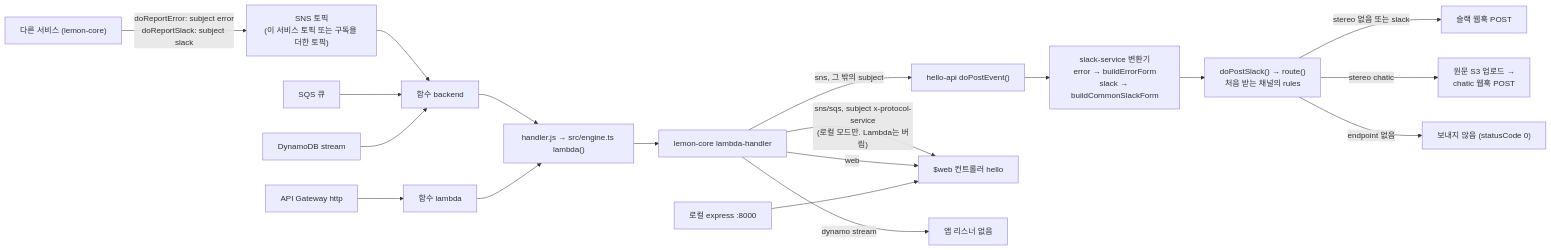
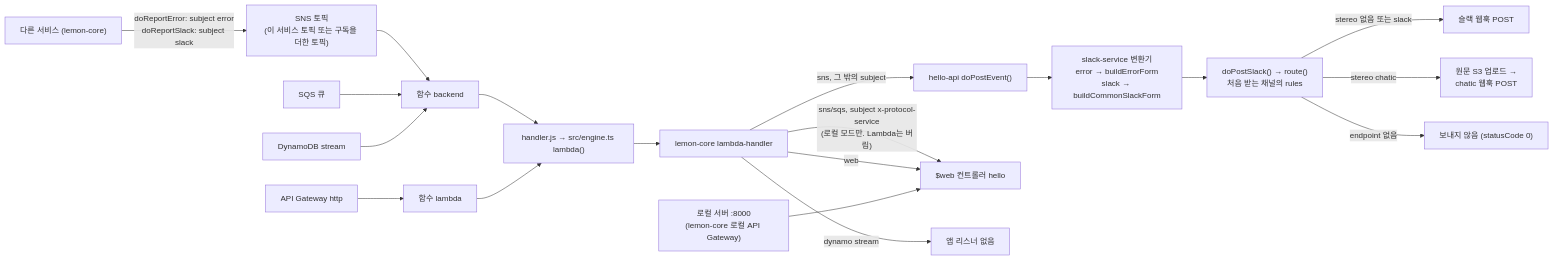
The diagram in README.md (lemoncloud-io/lemon-hello-api), drawn with Mermaid before and after one commit. The commit also changed other lines of this file and 1 other file, not shown here.

First line of the commit message:
docs: README stack rows — lemon-core ^5.0.15 local API Gateway (no devkit/express), jest 29, Lambda tools via lemon-* (docs/lambda-tools.md); fields:types script

````diff
--- a/README.md
+++ b/README.md
@@ -51,21 +52,21 @@
 ```mermaid
 flowchart LR
     MS["다른 서비스 (lemon-core)"] -- "doReportError: subject error<br/>doReportSlack: subject slack" --> TOPIC["SNS 토픽<br/>(이 서비스 토픽 또는 구독을 더한 토픽)"]
     TOPIC --> FB["함수 backend"]
     SQS["SQS 큐"] --> FB
     DDB["DynamoDB stream"] --> FB
     APIGW["API Gateway http"] --> FL["함수 lambda"]
     FB --> H["handler.js → src/engine.ts lambda()"]
     FL --> H
     H --> LC["lemon-core lambda-handler"]
     LC -- "sns, 그 밖의 subject" --> EV["hello-api doPostEvent()"]
     LC -- "sns/sqs, subject x-protocol-service<br/>(로컬 모드만. Lambda는 버림)" --> WEB["$web 컨트롤러 hello"]
     LC -- "web" --> WEB
     LC -- "dynamo stream" --> NONE["앱 리스너 없음"]
     EV --> TR["slack-service 변환기<br/>error → buildErrorForm<br/>slack → buildCommonSlackForm"]
     TR --> SL["doPostSlack() → route()<br/>처음 받는 채널의 rules"]
     SL -- "stereo 없음 또는 slack" --> SLACK["슬랙 웹훅 POST"]
     SL -- "stereo chatic" --> CHATIC["원문 S3 업로드 →<br/>chatic 웹훅 POST"]
     SL -- "endpoint 없음" --> SKIP["보내지 않음 (statusCode 0)"]
-    LOCAL["로컬 express :8000"] --> WEB
+    LOCAL["로컬 서버 :8000<br/>(lemon-core 로컬 API Gateway)"] --> WEB
 ```
````
